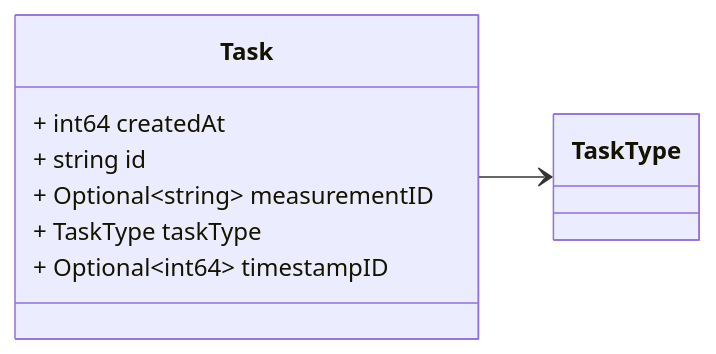
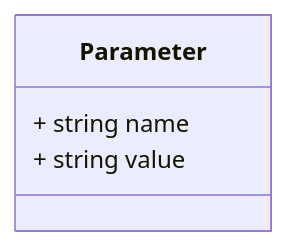
One commit to zaphiro-technologies/protobuf changed the third of 5 diagrams in docs/task.proto.md. Above: the diagram before and after it, drawn with Mermaid. The commit also changed other lines of this file and 17 other files, not shown here.

First line of the commit message:
Refactor protobuffer to align with architecture discussion (#9)

````diff
--- a/docs/task.proto.md
+++ b/docs/task.proto.md
@@ -83,16 +83,12 @@
 ```mermaid
 classDiagram
 direction LR
 
-%% A task message.
+%% A parameter of a `Task` or `Notification`
 
-class Task {
-  + int64 createdAt
-  + string id
-  + Optional~string~ measurementID
-  + TaskType taskType
-  + Optional~int64~ timestampID
+class Parameter {
+  + string name
+  + string value
 }
-Task --> `TaskType`
 
 ```
````
